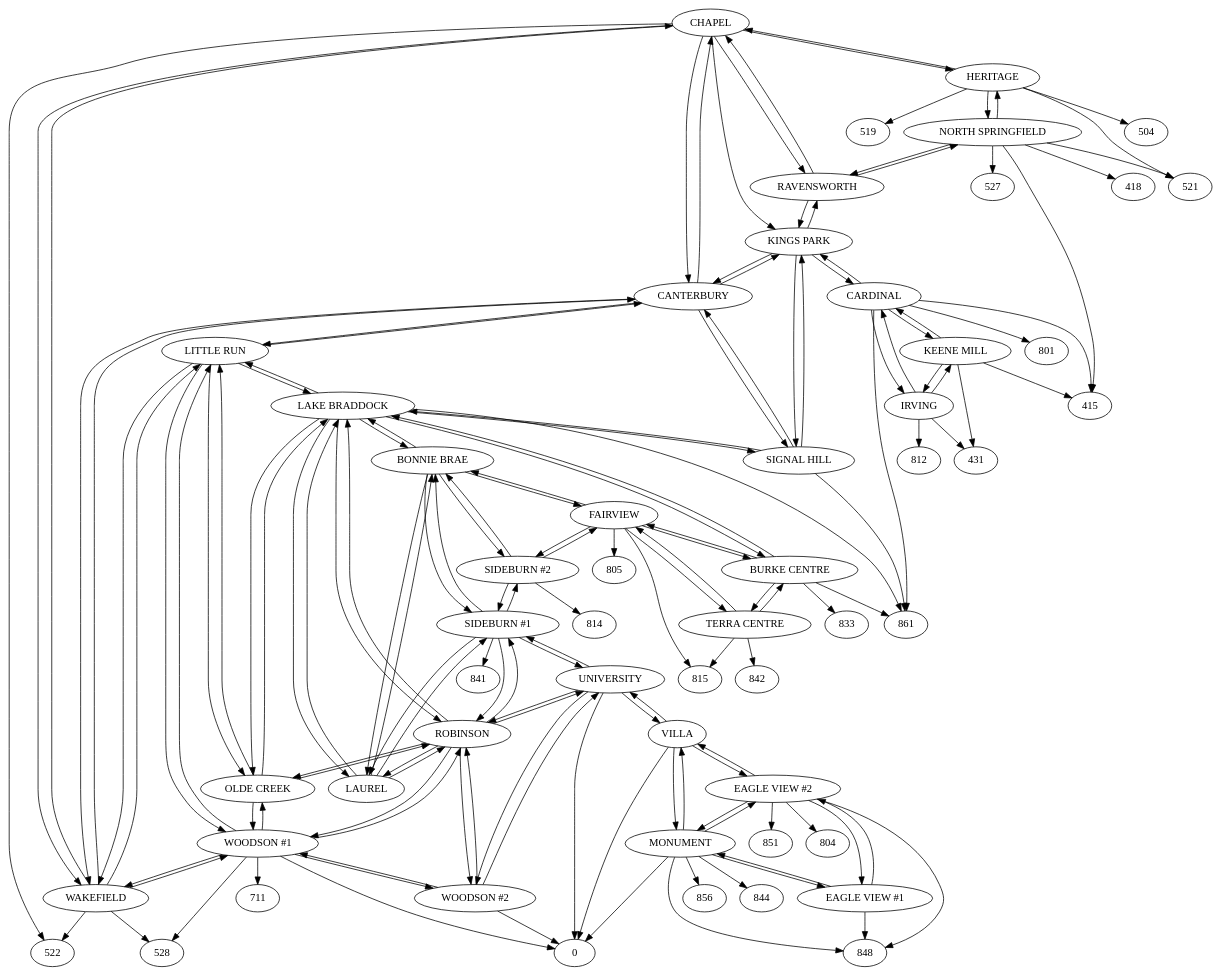
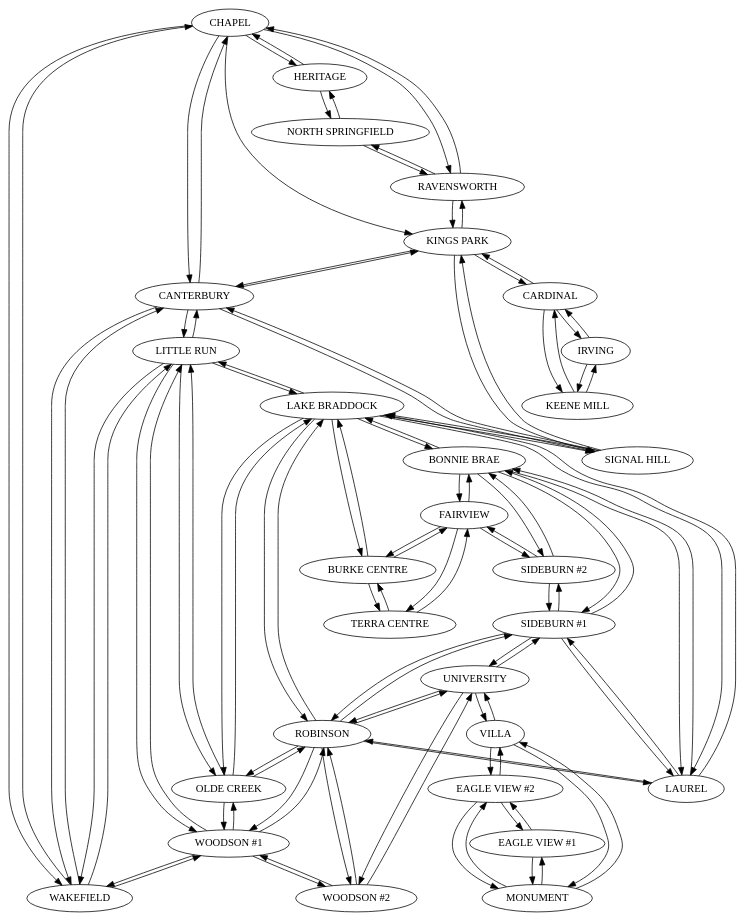
Before and after one commit to osistlk/Documents: the diagram in data/precinct_graph.dot, drawn with Graphviz. The commit also changed 2 other files, not shown here.

Commit message:
Refactor precinct graph to remove edges outside the 100s range and update visualization

```diff
--- a/data/precinct_graph.dot
+++ b/data/precinct_graph.dot
@@ -1,181 +1,140 @@
 digraph precinct_graph {
     node [shape = ellipse;];
     edge [color = black;];
     104 [label = "CHAPEL";];
     104 -> 106;
     104 -> 108;
     104 -> 113;
     104 -> 115;
     104 -> 116;
-    104 -> 522;
     105 [label = "FAIRVIEW";];
     105 -> 126;
     105 -> 127;
     105 -> 130;
     105 -> 137;
-    105 -> 805;
-    105 -> 815;
     106 [label = "HERITAGE";];
     106 -> 104;
     106 -> 110;
-    106 -> 504;
-    106 -> 519;
-    106 -> 521;
     108 [label = "KINGS PARK";];
     108 -> 113;
     108 -> 115;
     108 -> 125;
     108 -> 128;
     109 [label = "LITTLE RUN";];
     109 -> 113;
     109 -> 114;
     109 -> 116;
     109 -> 117;
     109 -> 118;
     110 [label = "NORTH SPRINGFIELD";];
     110 -> 106;
     110 -> 115;
-    110 -> 415;
-    110 -> 418;
-    110 -> 521;
-    110 -> 527;
     113 [label = "CANTERBURY";];
     113 -> 104;
     113 -> 108;
     113 -> 109;
     113 -> 116;
     113 -> 125;
     114 [label = "OLDE CREEK";];
     114 -> 109;
     114 -> 117;
     114 -> 118;
     114 -> 123;
     115 [label = "RAVENSWORTH";];
     115 -> 104;
     115 -> 108;
     115 -> 110;
     116 [label = "WAKEFIELD";];
     116 -> 104;
     116 -> 109;
     116 -> 113;
     116 -> 117;
-    116 -> 522;
-    116 -> 528;
     117 [label = "WOODSON #1";];
-    117 -> 0;
     117 -> 109;
     117 -> 114;
     117 -> 116;
     117 -> 123;
     117 -> 136;
-    117 -> 528;
-    117 -> 711;
     118 [label = "LAKE BRADDOCK";];
     118 -> 109;
     118 -> 114;
     118 -> 119;
     118 -> 123;
     118 -> 125;
     118 -> 126;
     118 -> 127;
-    118 -> 861;
     119 [label = "LAUREL";];
     119 -> 118;
     119 -> 120;
     119 -> 123;
     119 -> 126;
     120 [label = "SIDEBURN #1";];
     120 -> 119;
     120 -> 123;
     120 -> 126;
     120 -> 134;
     120 -> 137;
-    120 -> 841;
     121 [label = "VILLA";];
-    121 -> 0;
     121 -> 132;
     121 -> 134;
     121 -> 138;
     123 [label = "ROBINSON";];
     123 -> 114;
     123 -> 117;
     123 -> 118;
     123 -> 119;
     123 -> 120;
     123 -> 134;
     123 -> 136;
     125 [label = "SIGNAL HILL";];
     125 -> 108;
     125 -> 113;
     125 -> 118;
-    125 -> 861;
     126 [label = "BONNIE BRAE";];
     126 -> 105;
     126 -> 118;
     126 -> 119;
     126 -> 120;
     126 -> 137;
     127 [label = "BURKE CENTRE";];
     127 -> 105;
     127 -> 118;
     127 -> 130;
-    127 -> 833;
-    127 -> 861;
     128 [label = "CARDINAL";];
     128 -> 108;
     128 -> 129;
     128 -> 135;
-    128 -> 415;
-    128 -> 801;
-    128 -> 861;
     129 [label = "KEENE MILL";];
     129 -> 128;
     129 -> 135;
-    129 -> 415;
-    129 -> 431;
     130 [label = "TERRA CENTRE";];
     130 -> 105;
     130 -> 127;
-    130 -> 815;
-    130 -> 842;
     131 [label = "EAGLE VIEW #1";];
     131 -> 132;
     131 -> 138;
-    131 -> 848;
     132 [label = "MONUMENT";];
-    132 -> 0;
     132 -> 121;
     132 -> 131;
     132 -> 138;
-    132 -> 844;
-    132 -> 848;
-    132 -> 856;
     134 [label = "UNIVERSITY";];
-    134 -> 0;
     134 -> 120;
     134 -> 121;
     134 -> 123;
     134 -> 136;
     135 [label = "IRVING";];
     135 -> 128;
     135 -> 129;
-    135 -> 431;
-    135 -> 812;
     136 [label = "WOODSON #2";];
-    136 -> 0;
     136 -> 117;
     136 -> 123;
     136 -> 134;
     137 [label = "SIDEBURN #2";];
     137 -> 105;
     137 -> 120;
     137 -> 126;
-    137 -> 814;
     138 [label = "EAGLE VIEW #2";];
     138 -> 121;
     138 -> 131;
     138 -> 132;
-    138 -> 804;
-    138 -> 848;
-    138 -> 851;
 }
```
